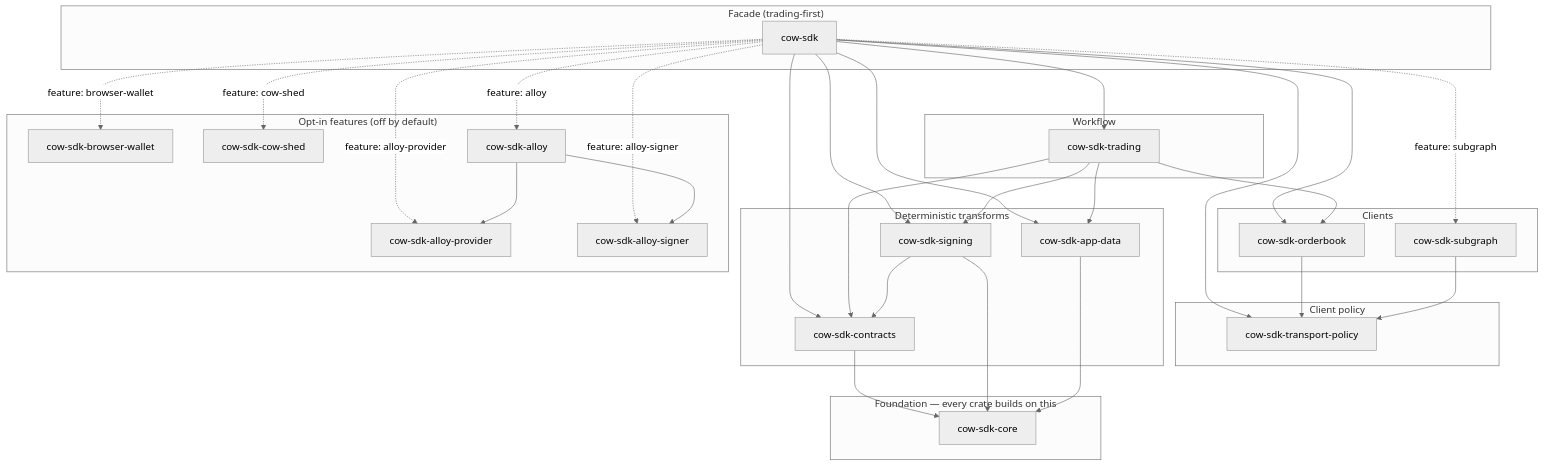
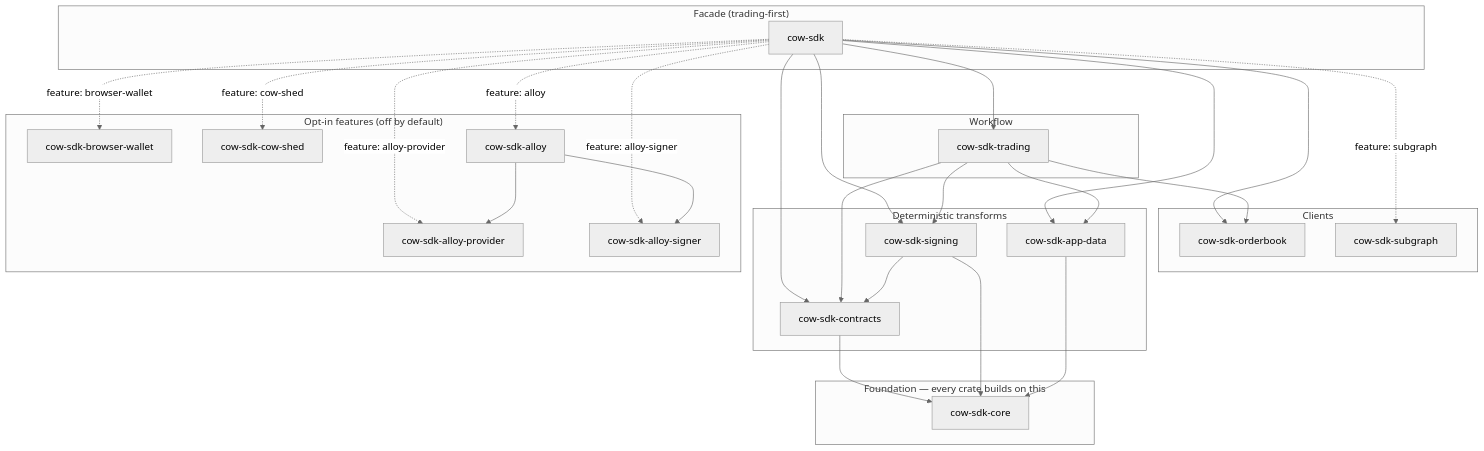
One commit to 0xSymbiome/cow-rs changed the first of 2 diagrams in docs/architecture.md. Above: the diagram before and after it, drawn with Mermaid (neutral theme). The commit also changed other lines of this file and 79 other files, not shown here.

First line of the commit message:
refactor(core)!: fold transport-policy into core::transport::policy

````diff
--- a/docs/architecture.md
+++ b/docs/architecture.md
@@ -6,56 +6,50 @@
 ```mermaid
 flowchart TD
   subgraph cl_facade["Facade (trading-first)"]
     sdk["cow-sdk"]
   end
   subgraph cl_workflow["Workflow"]
     trading["cow-sdk-trading"]
   end
   subgraph cl_clients["Clients"]
     orderbook["cow-sdk-orderbook"]
     subgraph_crate["cow-sdk-subgraph"]
-  end
-  subgraph cl_policy["Client policy"]
-    transport_policy["cow-sdk-transport-policy"]
   end
   subgraph cl_transforms["Deterministic transforms"]
     contracts["cow-sdk-contracts"]
     signing["cow-sdk-signing"]
     appdata["cow-sdk-app-data"]
   end
   subgraph cl_features["Opt-in features (off by default)"]
     wallet["cow-sdk-browser-wallet"]
     cow_shed["cow-sdk-cow-shed"]
     alloy["cow-sdk-alloy"]
     alloy_provider["cow-sdk-alloy-provider"]
     alloy_signer["cow-sdk-alloy-signer"]
   end
   subgraph cl_foundation["Foundation — every crate builds on this"]
     core["cow-sdk-core"]
   end
 
   sdk --> trading
   sdk --> orderbook
   sdk --> contracts
   sdk --> signing
   sdk --> appdata
-  sdk --> transport_policy
   sdk -.->|feature: subgraph| subgraph_crate
   sdk -.->|feature: browser-wallet| wallet
   sdk -.->|feature: cow-shed| cow_shed
   sdk -.->|feature: alloy| alloy
   sdk -.->|feature: alloy-provider| alloy_provider
   sdk -.->|feature: alloy-signer| alloy_signer
   trading --> orderbook
   trading --> signing
   trading --> appdata
   trading --> contracts
-  orderbook --> transport_policy
-  subgraph_crate --> transport_policy
   signing --> contracts
   alloy --> alloy_provider
   alloy --> alloy_signer
   contracts --> core
   signing --> core
   appdata --> core
 ```
````
